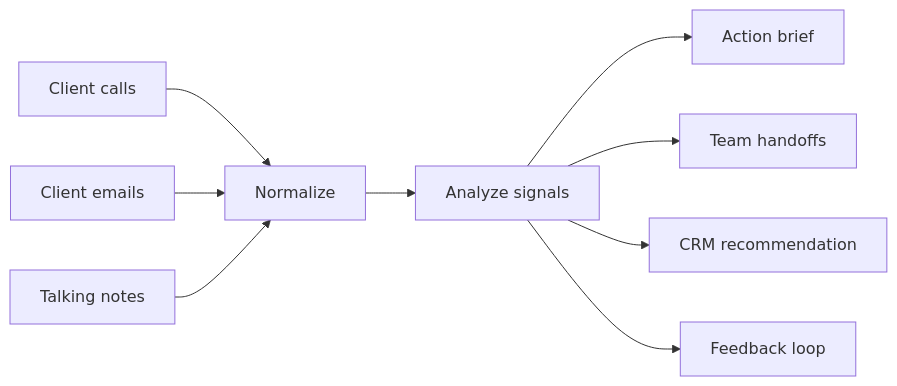
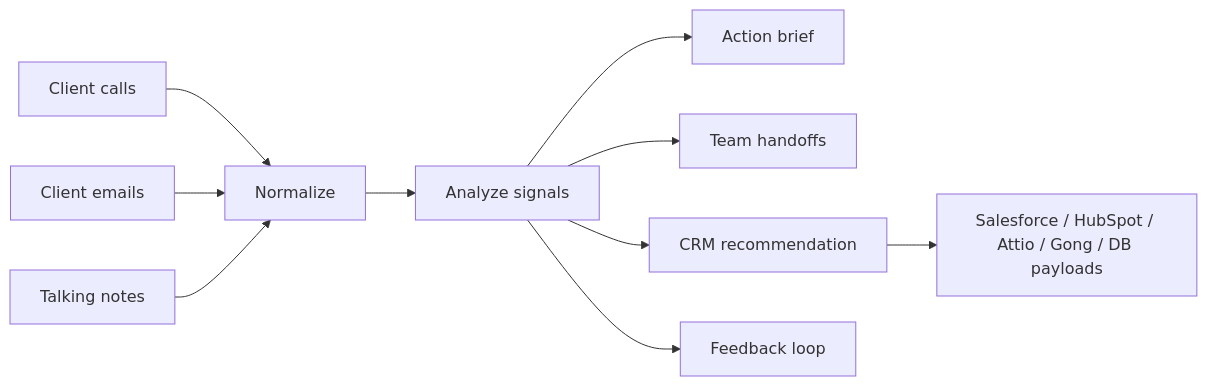
Before and after one commit to TTR-agent/client-communications-to-crm-public-showcase: the diagram in README.md, drawn with Mermaid. The commit also changed other lines of this file and 8 other files, not shown here.

````diff
--- a/README.md
+++ b/README.md
@@ -36,11 +38,12 @@
 ```mermaid
 flowchart LR
   A["Client calls"] --> D["Normalize"]
   B["Client emails"] --> D
   C["Talking notes"] --> D
   D --> E["Analyze signals"]
   E --> F["Action brief"]
   E --> G["Team handoffs"]
   E --> H["CRM recommendation"]
   E --> I["Feedback loop"]
+  H --> J["Salesforce / HubSpot / Attio / Gong / DB payloads"]
 ```
````
